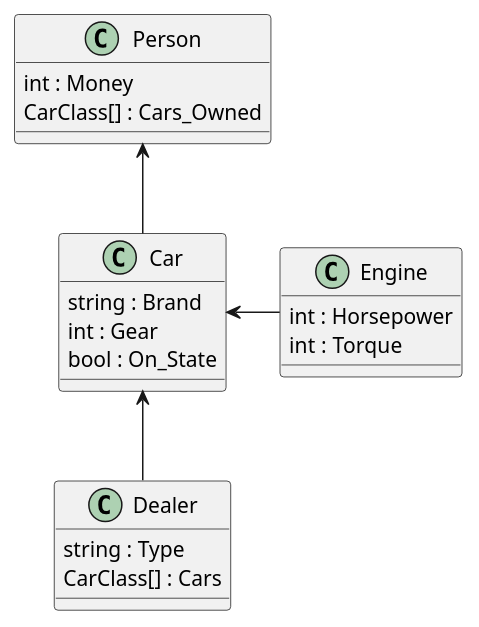
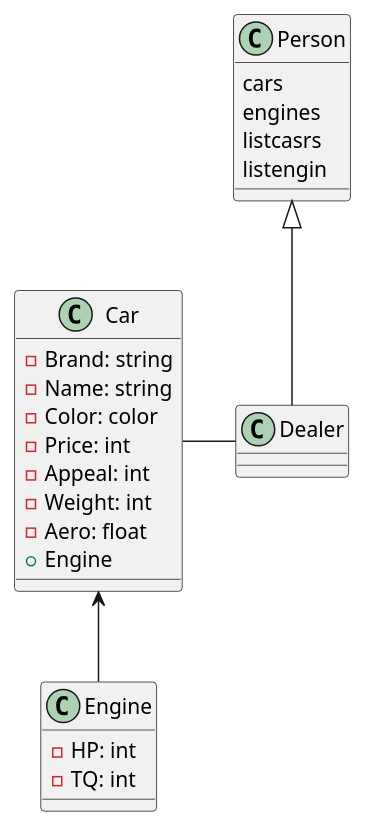
One commit to PausedMagician/CarDealer changed the diagram in Classes.puml. Above: the diagram before and after it, drawn with PlantUML. The commit also changed 6 other files, not shown here.

```diff
--- a/Classes.puml
+++ b/Classes.puml
@@ -1,32 +1,35 @@
 @startuml Classes
 
 
-class Person {
-    int : Money
-    CarClass[] : Cars_Owned
-}
-
-class Dealer {
-    string : Type
-    CarClass[] : Cars
-}
-
 class Car {
-    string : Brand
-    int : Gear
-    bool : On_State
+    - Brand: string
+    - Name: string
+    - Color: color
+    - Price: int
+    - Appeal: int
+    - Weight: int
+    - Aero: float
+    + Engine
 }
 
 class Engine {
-    int : Horsepower
-    int : Torque
+    - HP: int
+    - TQ: int
 }
 
+class Dealer{
 
+}
 
-Engine -left-> Car
-Dealer -up-> Car
+class Person {
+    cars
+    engines
+    listcasrs
+    listengin
+}
 
-Car -up-> Person
+Engine  -up-> Car
+Dealer -left- Car
+Person <|-- Dealer
 
 @enduml
```
